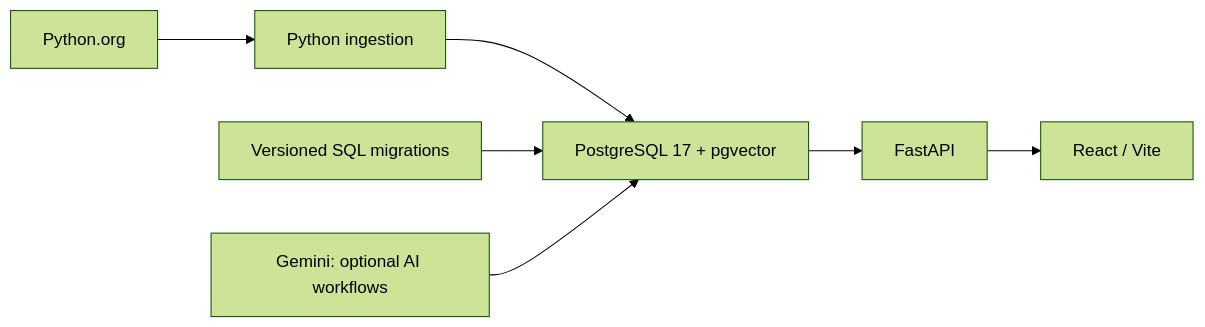
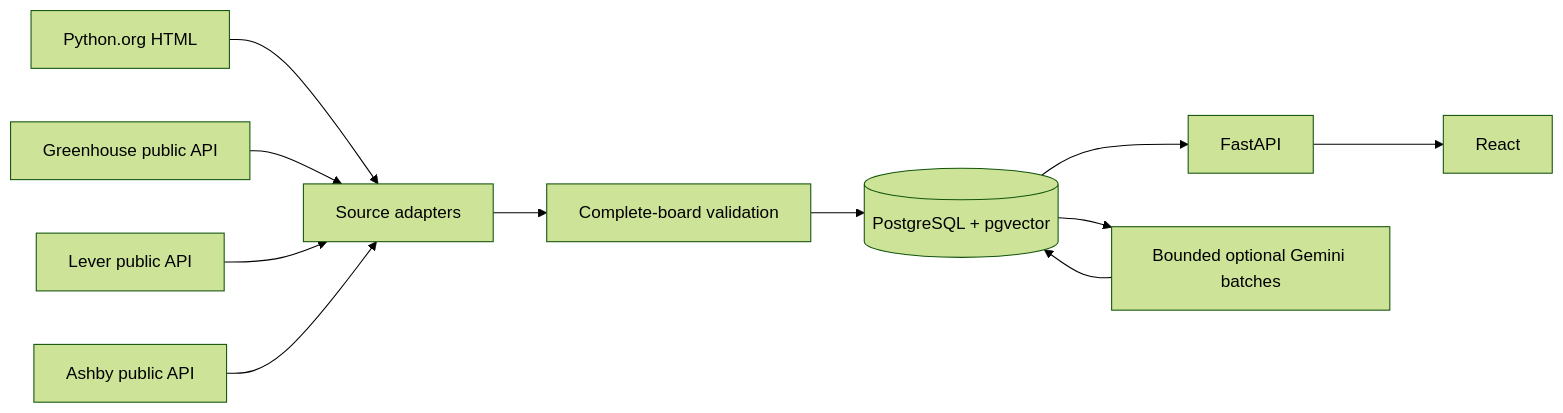
One commit to dhanushtammineni/JobPulse changed the diagram in README.md. Above: the diagram before and after it, drawn with Mermaid (forest theme). The commit also changed other lines of this file and 6 other files, not shown here.

Commit message:
Document source configuration and add isolated live validation harness

````diff
--- a/README.md
+++ b/README.md
@@ -32,9 +29,13 @@
 ```mermaid
 flowchart LR
-    PythonOrg[Python.org] --> Ingestion[Python ingestion]
-    Ingestion --> PostgreSQL[PostgreSQL 17 + pgvector]
-    Migrations[Versioned SQL migrations] --> PostgreSQL
-    PostgreSQL --> API[FastAPI]
-    API --> React[React / Vite]
-    Gemini[Gemini: optional AI workflows] --> PostgreSQL
+  P[Python.org HTML] --> A[Source adapters]
+  G[Greenhouse public API] --> A
+  L[Lever public API] --> A
+  H[Ashby public API] --> A
+  A --> V[Complete-board validation]
+  V --> DB[(PostgreSQL + pgvector)]
+  DB --> API[FastAPI]
+  API --> UI[React]
+  DB --> AI[Bounded optional Gemini batches]
+  AI --> DB
 ```
````
